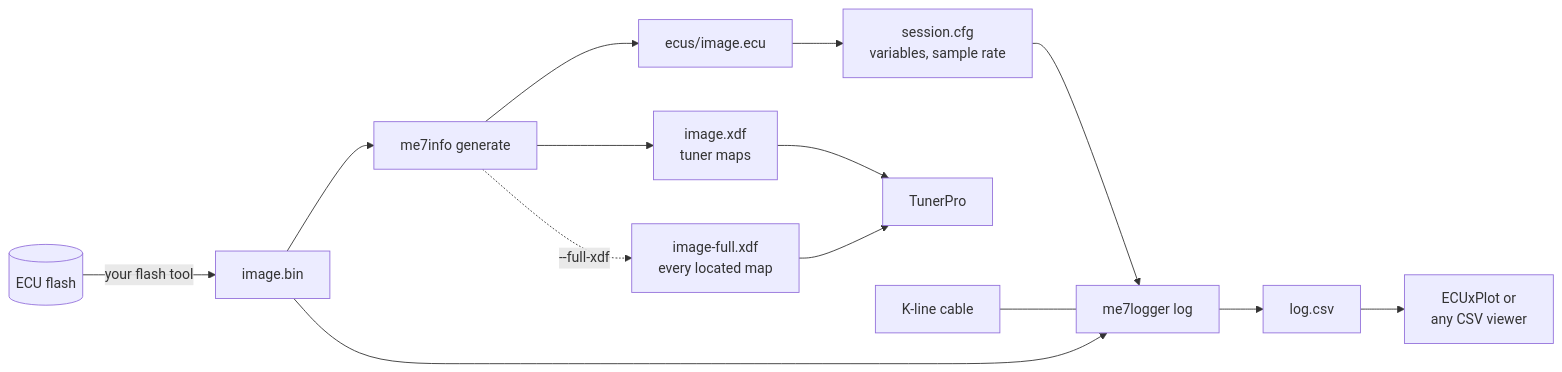
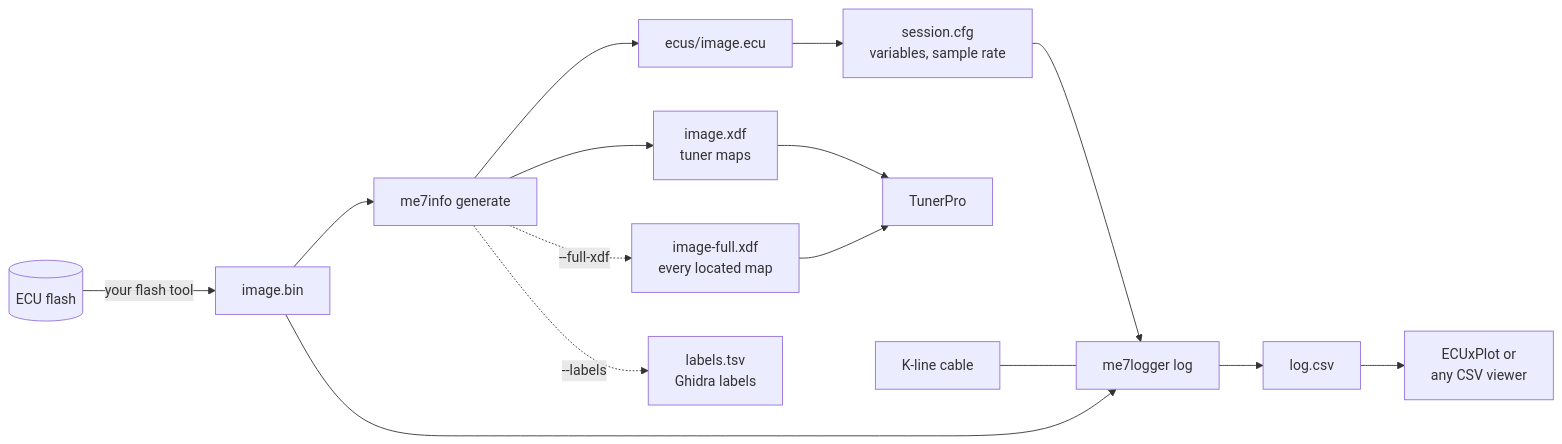
One commit to nyetlabs/me7-logger changed the first of 4 diagrams in README.md. Above: the diagram before and after it, drawn with Mermaid. The commit also changed other lines of this file and 6 other files, not shown here.

First line of the commit message:
feat: me7labels: read me7info generate --labels TSV

````diff
--- a/README.md
+++ b/README.md
@@ -16,16 +16,17 @@
 ```mermaid
 flowchart LR
   ecu[(ECU flash)] -->|your flash tool| bin[image.bin]
   bin --> gen["me7info generate"]
   gen --> ecufile[ecus/image.ecu]
   gen --> xdf["image.xdf<br/>tuner maps"]
   gen -.->|--full-xdf| full["image-full.xdf<br/>every located map"]
+  gen -.->|--labels| labels["labels.tsv<br/>Ghidra labels"]
   xdf --> tp[TunerPro]
   full --> tp
   ecufile --> cfg["session.cfg<br/>variables, sample rate"]
   bin --> log["me7logger log"]
   cfg --> log
   cable[K-line cable] --- log
   log --> csv[log.csv]
   csv --> plot["ECUxPlot or<br/>any CSV viewer"]
 ```
````
